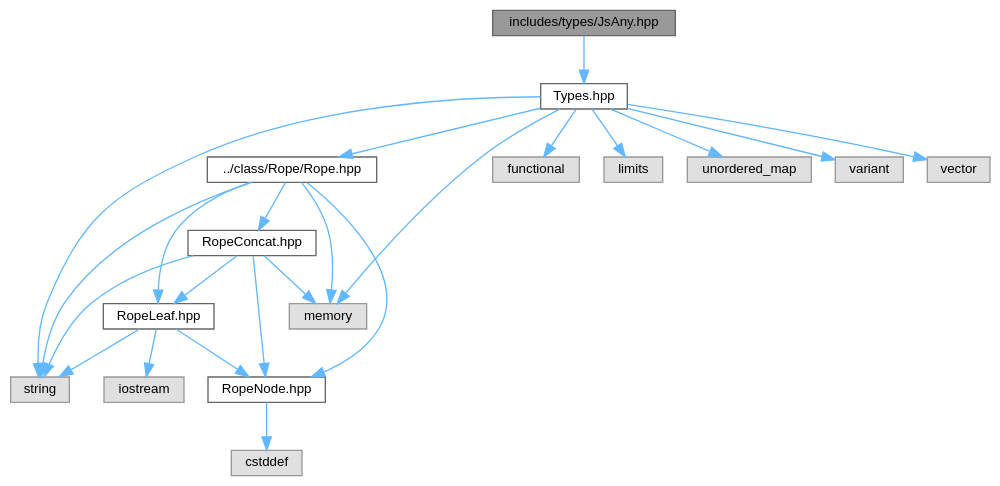
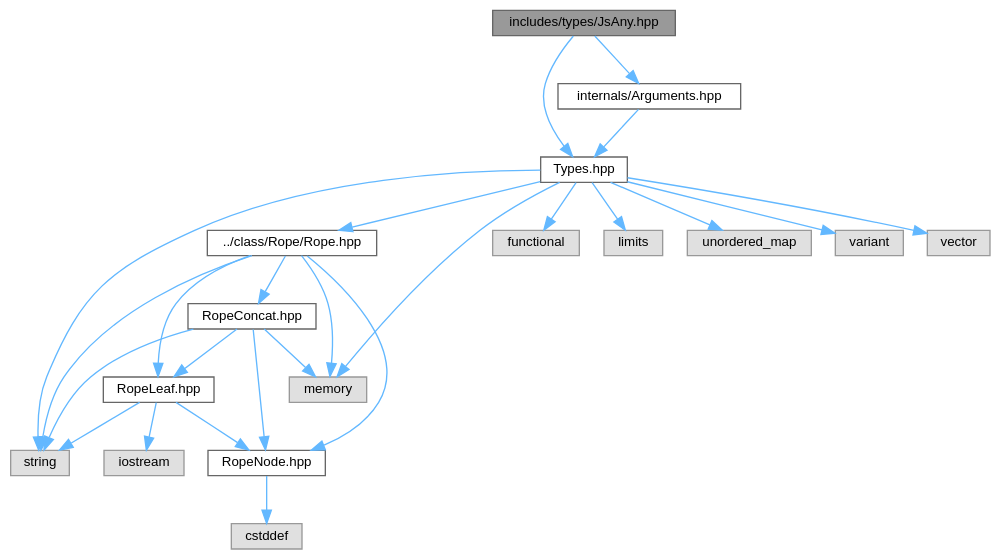
Before and after one commit to JS-CMP/JS-CMP: the diagram in JsAny_8hpp__incl.dot, drawn with Graphviz. The commit also changed 233 other files, not shown here.

```diff
--- a/JsAny_8hpp__incl.dot
+++ b/JsAny_8hpp__incl.dot
@@ -1,44 +1,47 @@
 digraph "includes/types/JsAny.hpp"
 {
  // LATEX_PDF_SIZE
   bgcolor="transparent";
   edge [fontname=Helvetica,fontsize=10,labelfontname=Helvetica,labelfontsize=10];
   node [fontname=Helvetica,fontsize=10,shape=box,height=0.2,width=0.4];
   Node1 [id="Node000001",label="includes/types/JsAny.hpp",height=0.2,width=0.4,color="gray40", fillcolor="grey60", style="filled", fontcolor="black",tooltip=" "];
   Node1 -> Node2 [id="edge1_Node000001_Node000002",color="steelblue1",style="solid",tooltip=" "];
   Node2 [id="Node000002",label="Types.hpp",height=0.2,width=0.4,color="grey40", fillcolor="white", style="filled",URL="$Types_8hpp.html",tooltip=" "];
   Node2 -> Node3 [id="edge2_Node000002_Node000003",color="steelblue1",style="solid",tooltip=" "];
   Node3 [id="Node000003",label="../class/Rope/Rope.hpp",height=0.2,width=0.4,color="grey40", fillcolor="white", style="filled",URL="$Rope_8hpp.html",tooltip=" "];
   Node3 -> Node4 [id="edge3_Node000003_Node000004",color="steelblue1",style="solid",tooltip=" "];
   Node4 [id="Node000004",label="RopeConcat.hpp",height=0.2,width=0.4,color="grey40", fillcolor="white", style="filled",URL="$RopeConcat_8hpp.html",tooltip=" "];
   Node4 -> Node5 [id="edge4_Node000004_Node000005",color="steelblue1",style="solid",tooltip=" "];
   Node5 [id="Node000005",label="RopeLeaf.hpp",height=0.2,width=0.4,color="grey40", fillcolor="white", style="filled",URL="$RopeLeaf_8hpp.html",tooltip=" "];
   Node5 -> Node6 [id="edge5_Node000005_Node000006",color="steelblue1",style="solid",tooltip=" "];
   Node6 [id="Node000006",label="RopeNode.hpp",height=0.2,width=0.4,color="grey40", fillcolor="white", style="filled",URL="$RopeNode_8hpp.html",tooltip=" "];
   Node6 -> Node7 [id="edge6_Node000006_Node000007",color="steelblue1",style="solid",tooltip=" "];
   Node7 [id="Node000007",label="cstddef",height=0.2,width=0.4,color="grey60", fillcolor="#E0E0E0", style="filled",tooltip=" "];
   Node5 -> Node8 [id="edge7_Node000005_Node000008",color="steelblue1",style="solid",tooltip=" "];
   Node8 [id="Node000008",label="iostream",height=0.2,width=0.4,color="grey60", fillcolor="#E0E0E0", style="filled",tooltip=" "];
   Node5 -> Node9 [id="edge8_Node000005_Node000009",color="steelblue1",style="solid",tooltip=" "];
   Node9 [id="Node000009",label="string",height=0.2,width=0.4,color="grey60", fillcolor="#E0E0E0", style="filled",tooltip=" "];
   Node4 -> Node6 [id="edge9_Node000004_Node000006",color="steelblue1",style="solid",tooltip=" "];
   Node4 -> Node10 [id="edge10_Node000004_Node000010",color="steelblue1",style="solid",tooltip=" "];
   Node10 [id="Node000010",label="memory",height=0.2,width=0.4,color="grey60", fillcolor="#E0E0E0", style="filled",tooltip=" "];
   Node4 -> Node9 [id="edge11_Node000004_Node000009",color="steelblue1",style="solid",tooltip=" "];
   Node3 -> Node5 [id="edge12_Node000003_Node000005",color="steelblue1",style="solid",tooltip=" "];
   Node3 -> Node6 [id="edge13_Node000003_Node000006",color="steelblue1",style="solid",tooltip=" "];
   Node3 -> Node10 [id="edge14_Node000003_Node000010",color="steelblue1",style="solid",tooltip=" "];
   Node3 -> Node9 [id="edge15_Node000003_Node000009",color="steelblue1",style="solid",tooltip=" "];
   Node2 -> Node11 [id="edge16_Node000002_Node000011",color="steelblue1",style="solid",tooltip=" "];
   Node11 [id="Node000011",label="functional",height=0.2,width=0.4,color="grey60", fillcolor="#E0E0E0", style="filled",tooltip=" "];
   Node2 -> Node12 [id="edge17_Node000002_Node000012",color="steelblue1",style="solid",tooltip=" "];
   Node12 [id="Node000012",label="limits",height=0.2,width=0.4,color="grey60", fillcolor="#E0E0E0", style="filled",tooltip=" "];
   Node2 -> Node10 [id="edge18_Node000002_Node000010",color="steelblue1",style="solid",tooltip=" "];
   Node2 -> Node9 [id="edge19_Node000002_Node000009",color="steelblue1",style="solid",tooltip=" "];
   Node2 -> Node13 [id="edge20_Node000002_Node000013",color="steelblue1",style="solid",tooltip=" "];
   Node13 [id="Node000013",label="unordered_map",height=0.2,width=0.4,color="grey60", fillcolor="#E0E0E0", style="filled",tooltip=" "];
   Node2 -> Node14 [id="edge21_Node000002_Node000014",color="steelblue1",style="solid",tooltip=" "];
   Node14 [id="Node000014",label="variant",height=0.2,width=0.4,color="grey60", fillcolor="#E0E0E0", style="filled",tooltip=" "];
   Node2 -> Node15 [id="edge22_Node000002_Node000015",color="steelblue1",style="solid",tooltip=" "];
   Node15 [id="Node000015",label="vector",height=0.2,width=0.4,color="grey60", fillcolor="#E0E0E0", style="filled",tooltip=" "];
+  Node1 -> Node16 [id="edge23_Node000001_Node000016",color="steelblue1",style="solid",tooltip=" "];
+  Node16 [id="Node000016",label="internals/Arguments.hpp",height=0.2,width=0.4,color="grey40", fillcolor="white", style="filled",URL="$Arguments_8hpp.html",tooltip=" "];
+  Node16 -> Node2 [id="edge24_Node000016_Node000002",color="steelblue1",style="solid",tooltip=" "];
 }
```
